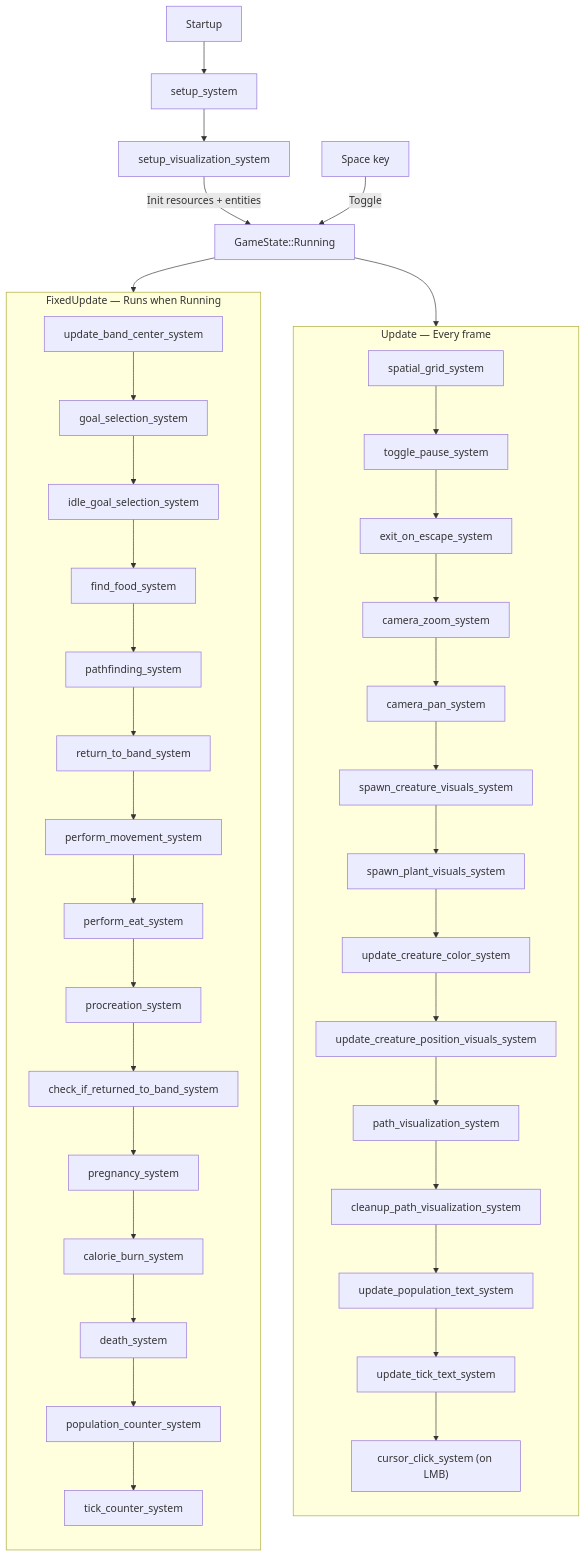
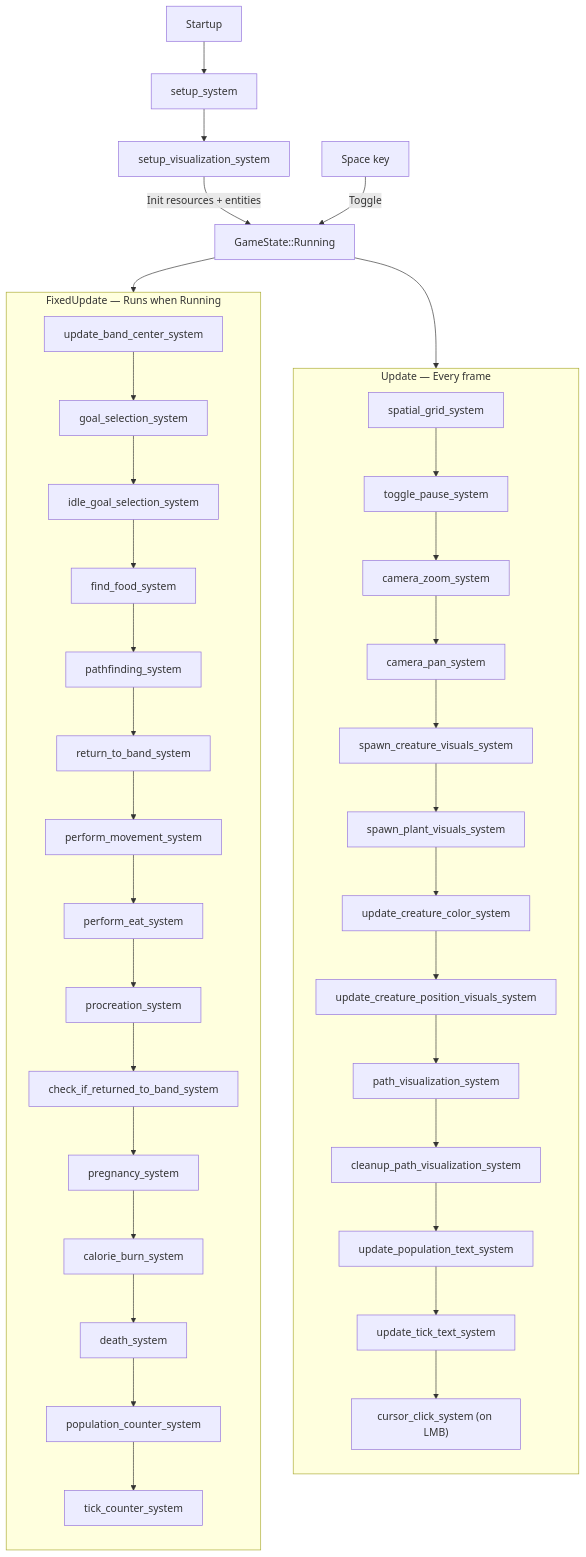
One commit to oleksiy-korniychuk/guns-germs-steel changed the second of 5 diagrams in GameOverview.md. Above: the diagram before and after it, drawn with Mermaid. The commit also changed other lines of this file and 7 other files, not shown here.

````diff
--- a/GameOverview.md
+++ b/GameOverview.md
@@ -41,49 +41,48 @@
 ```mermaid
 flowchart TD
     A[Startup] --> B[setup_system]
     B --> C[setup_visualization_system]
     C -->|Init resources + entities| S[GameState::Running]
 
     subgraph FixedUpdate [FixedUpdate — Runs when Running]
       direction TB
       F1[update_band_center_system]
       F2[goal_selection_system]
       F3[idle_goal_selection_system]
       F4[find_food_system]
       F5[pathfinding_system]
       F6[return_to_band_system]
       F7[perform_movement_system]
       F8[perform_eat_system]
       F9[procreation_system]
       F10[check_if_returned_to_band_system]
       F11[pregnancy_system]
       F12[calorie_burn_system]
       F13[death_system]
       F14[population_counter_system]
       F15[tick_counter_system]
       F1 --> F2 --> F3 --> F4 --> F5 --> F6 --> F7 --> F8 --> F9 --> F10 --> F11 --> F12 --> F13 --> F14 --> F15
     end
 
     subgraph Update [Update — Every frame]
       direction TB
       U1[spatial_grid_system]
       U2[toggle_pause_system]
-      U3[exit_on_escape_system]
       U4[camera_zoom_system]
       U5[camera_pan_system]
       U6[spawn_creature_visuals_system]
       U7[spawn_plant_visuals_system]
       U8[update_creature_color_system]
       U9[update_creature_position_visuals_system]
       U10[path_visualization_system]
       U11[cleanup_path_visualization_system]
       U12[update_population_text_system]
       U13[update_tick_text_system]
       U14["cursor_click_system (on LMB)"]
-      U1 --> U2 --> U3 --> U4 --> U5 --> U6 --> U7 --> U8 --> U9 --> U10 --> U11 --> U12 --> U13 --> U14
+      U1 --> U2 --> U4 --> U5 --> U6 --> U7 --> U8 --> U9 --> U10 --> U11 --> U12 --> U13 --> U14
     end
 
     S --> FixedUpdate
     S --> Update
     Space[Space key] -->|Toggle| S
 ```
````
